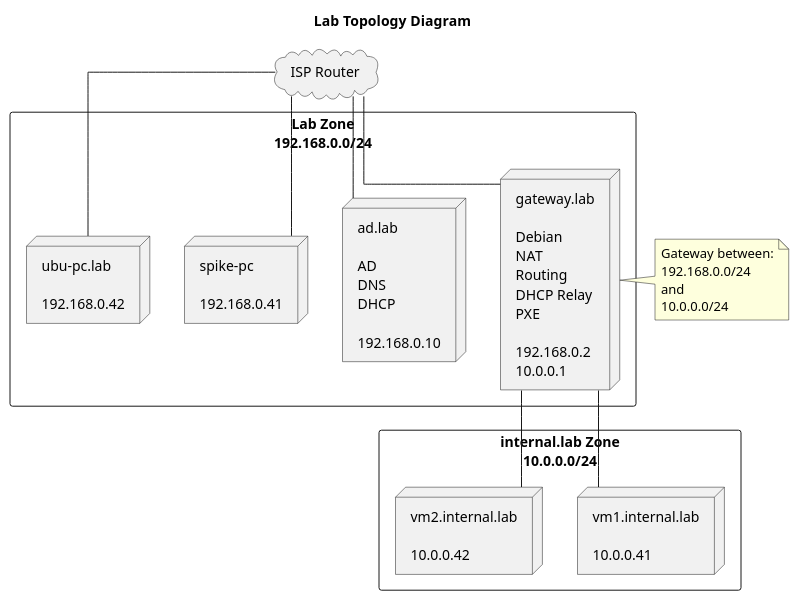
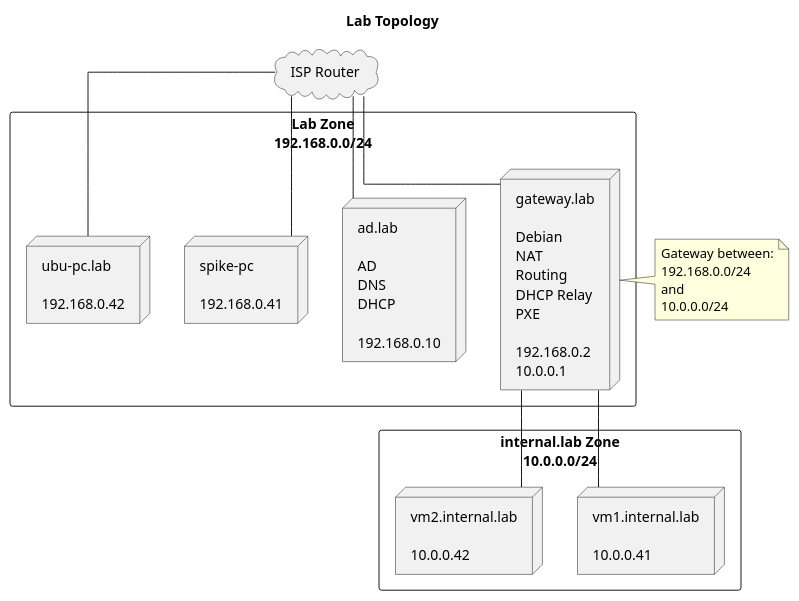
Before and after one commit to Hersonrock/homelab: the diagram in docs/topology.plantuml, drawn with PlantUML.

Commit message:
Modified topology to test

```diff
--- a/docs/topology.plantuml
+++ b/docs/topology.plantuml
@@ -1,42 +1,42 @@
 @startuml
-title Lab Topology Diagram
+title Lab Topology 
 
 skinparam linetype ortho
 skinparam packageStyle rectangle
 
 cloud "ISP Router" as ISP
 
 rectangle "Lab Zone\n192.168.0.0/24" as LAB {
 
     node "gateway.lab\n\nDebian\nNAT\nRouting\nDHCP Relay\nPXE\n\n192.168.0.2\n10.0.0.1" as GW
 
     node "ad.lab\n\nAD\nDNS\nDHCP\n\n192.168.0.10" as AD
 
     node "spike-pc\n\n192.168.0.41" as SPIKE
 
     node "ubu-pc.lab\n\n192.168.0.42" as UBU
 }
 
 rectangle "internal.lab Zone\n10.0.0.0/24" as INTERNAL {
 
     node "vm1.internal.lab\n\n10.0.0.41" as VM1
 
     node "vm2.internal.lab\n\n10.0.0.42" as VM2
 }
 
 ISP -- GW
 ISP -- AD
 ISP -- SPIKE
 ISP -- UBU
 
 GW -- VM1
 GW -- VM2
 
 note right of GW
 Gateway between:
 192.168.0.0/24
 and
 10.0.0.0/24
 end note
 
 @enduml
```
